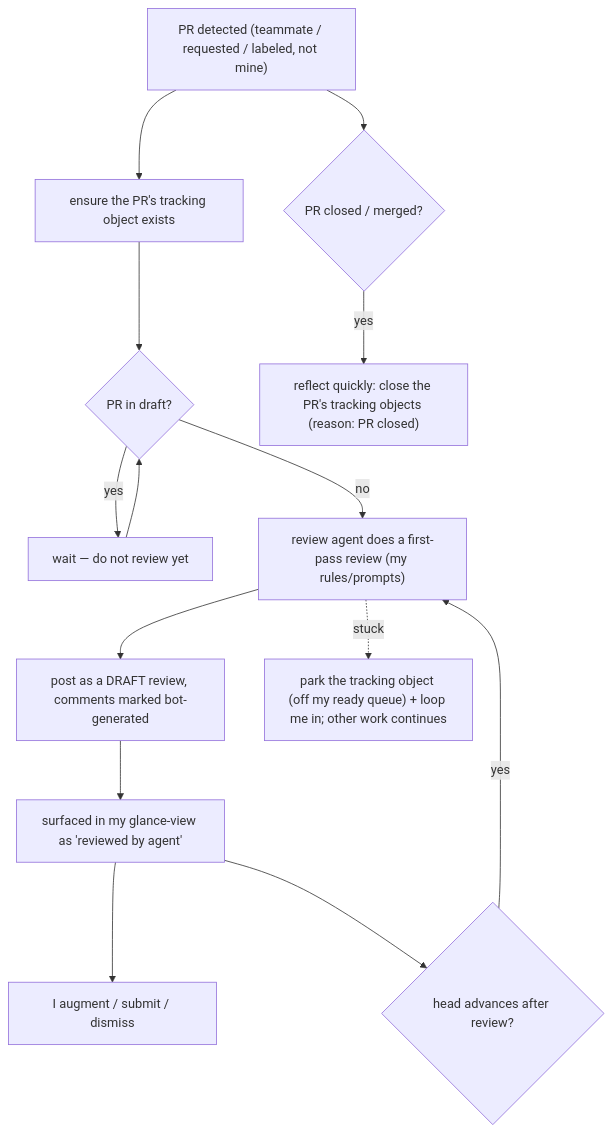
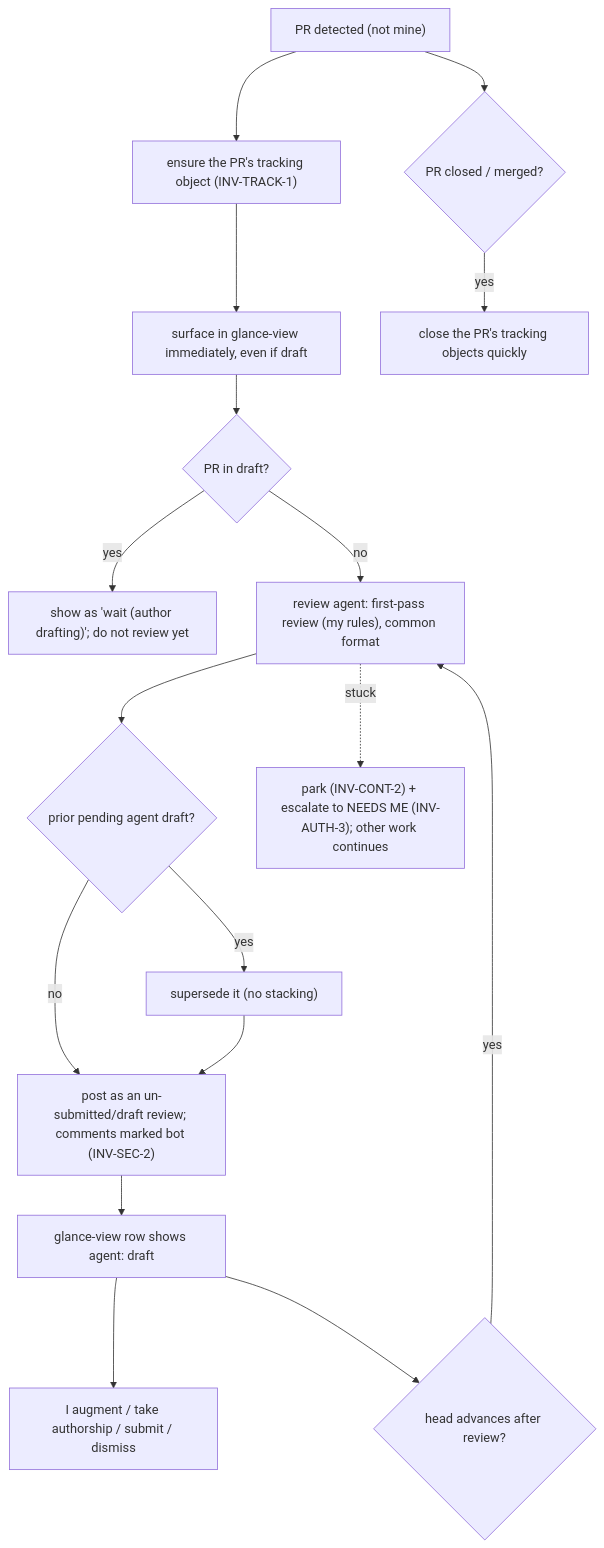
Before and after one commit to phillipgreenii/nix-agent-support: the diagram in docs/behavior/reviewing-others-prs.md, drawn with Mermaid. The commit also changed other lines of this file and 8 other files, not shown here.

First line of the commit message:
docs(behavior): apply review-round-1 + new decisions (IDs, glossary, security/claim/failure invariants, situational merge, NEEDS ME)

````diff
--- a/docs/behavior/reviewing-others-prs.md
+++ b/docs/behavior/reviewing-others-prs.md
@@ -48,17 +39,17 @@
 ```mermaid
 flowchart TD
-    detect["PR detected (teammate / requested / labeled, not mine)"] --> track["ensure the PR's tracking object exists"]
-    track --> draft{"PR in draft?"}
-    draft -->|yes| wait["wait — do not review yet"]
-    wait --> draft
-    draft -->|no| review["review agent does a first-pass review (my rules/prompts)"]
-    review --> post["post as a DRAFT review, comments marked bot-generated"]
-    post --> glance["surfaced in my glance-view as 'reviewed by agent'"]
-    glance --> me["I augment / submit / dismiss"]
-    review -.stuck.-> park["park the tracking object (off my ready queue) + loop me in; other work continues"]
-
-    glance --> advanced{"head advances after review?"}
-    advanced -->|yes| review
-    detect --> closed{"PR closed / merged?"}
-    closed -->|yes| close["reflect quickly: close the PR's tracking objects (reason: PR closed)"]
+    detect["PR detected (not mine)"] --> track["ensure the PR's tracking object (INV-TRACK-1)"]
+    track --> surface["surface in glance-view immediately, even if draft"]
+    surface --> draft{"PR in draft?"}
+    draft -->|yes| wait["show as 'wait (author drafting)'; do not review yet"]
+    draft -->|no| review["review agent: first-pass review (my rules), common format"]
+    review --> super{"prior pending agent draft?"}
+    super -->|yes| replace["supersede it (no stacking)"]
+    super -->|no| post
+    replace --> post["post as an un-submitted/draft review; comments marked bot (INV-SEC-2)"]
+    post --> glance["glance-view row shows agent: draft"]
+    glance --> me["I augment / take authorship / submit / dismiss"]
+    review -.stuck.-> park["park (INV-CONT-2) + escalate to NEEDS ME (INV-AUTH-3); other work continues"]
+    glance --> adv{"head advances after review?"} -->|yes| review
+    detect --> closed{"PR closed / merged?"} -->|yes| close["close the PR's tracking objects quickly"]
 ```
````
